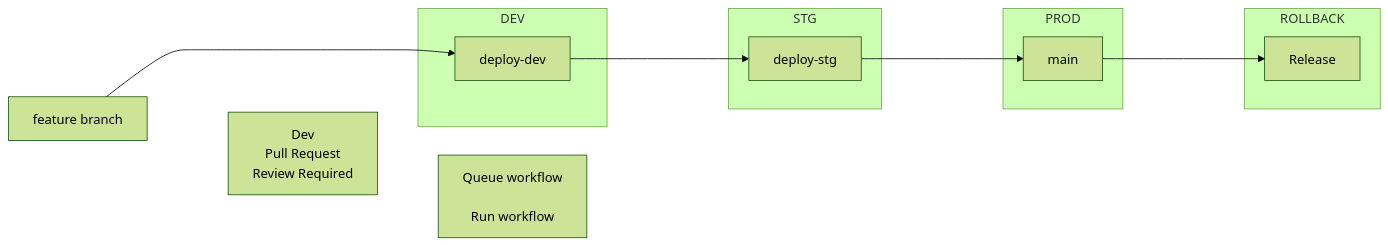
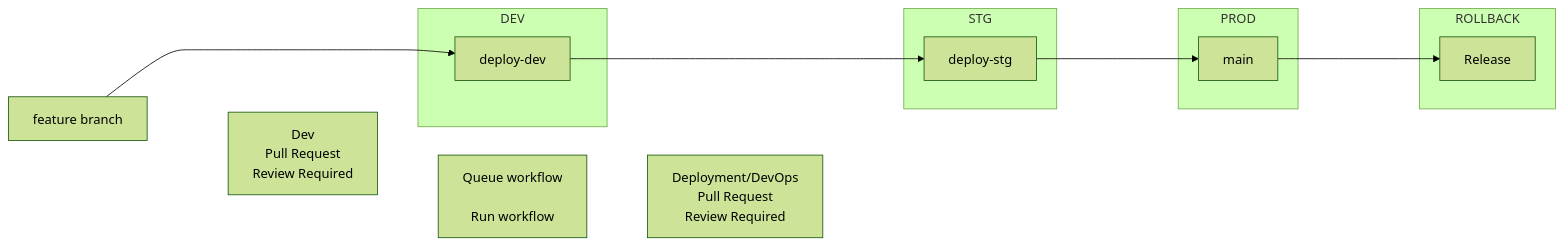
Before and after one commit to fritzramos-gf/Workflows: the diagram in Gates-Workflow.md, drawn with Mermaid (forest theme).

````diff
--- a/Gates-Workflow.md
+++ b/Gates-Workflow.md
@@ -1,34 +1,35 @@
 ```mermaid
 flowchart LR
     A[feature branch] ----> B
     A ~~~ C["Dev\nPull Request\nReview Required"]
     C ~~~ B
     subgraph DEV
         B[deploy-dev]
     end
      C ~~~ G["Queue workflow
         \nRun workflow"]
 
     B ----> D
+    G ~~~ H["Deployment/DevOps\nPull Request\nReview Required"]
     subgraph STG
         D[deploy-stg]
     end
     D ----> E
     subgraph PROD
         E[main]
     end
     E ----> F
     subgraph ROLLBACK
         F[Release]
     end
 
 
 
 
 
 
 
 
 
 
 ```
````
